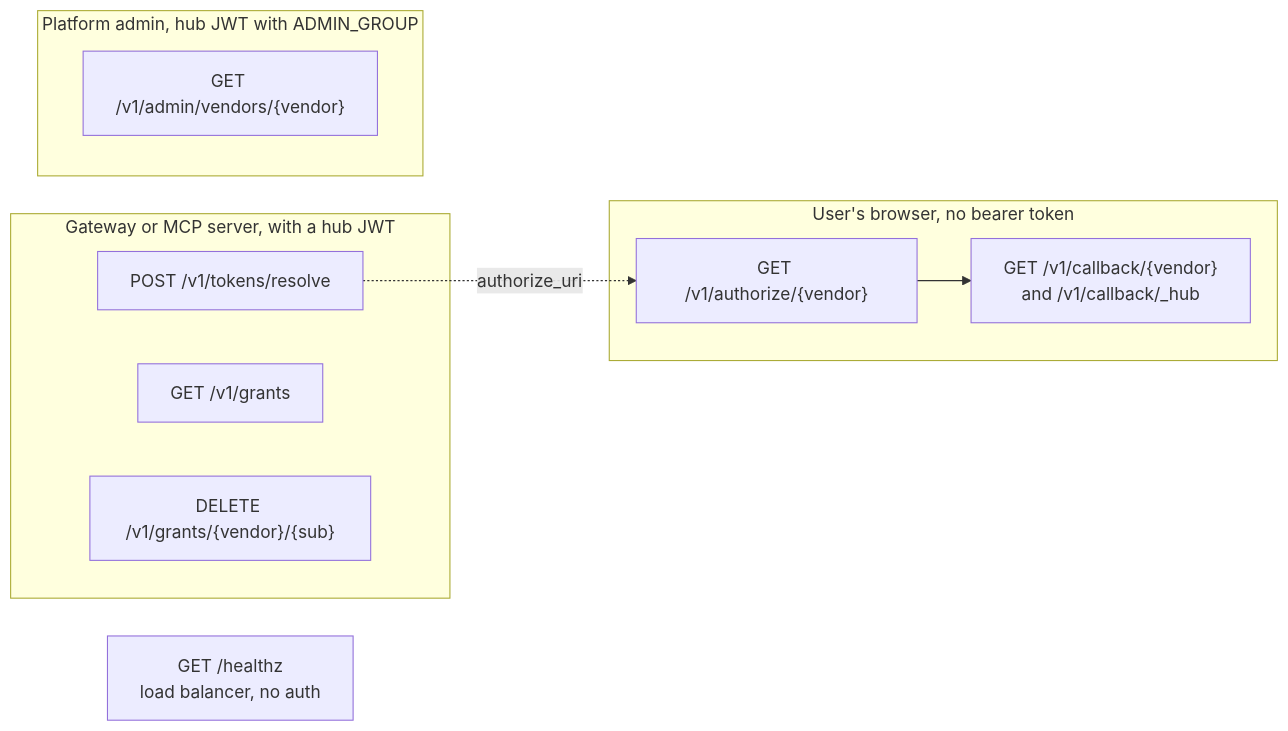
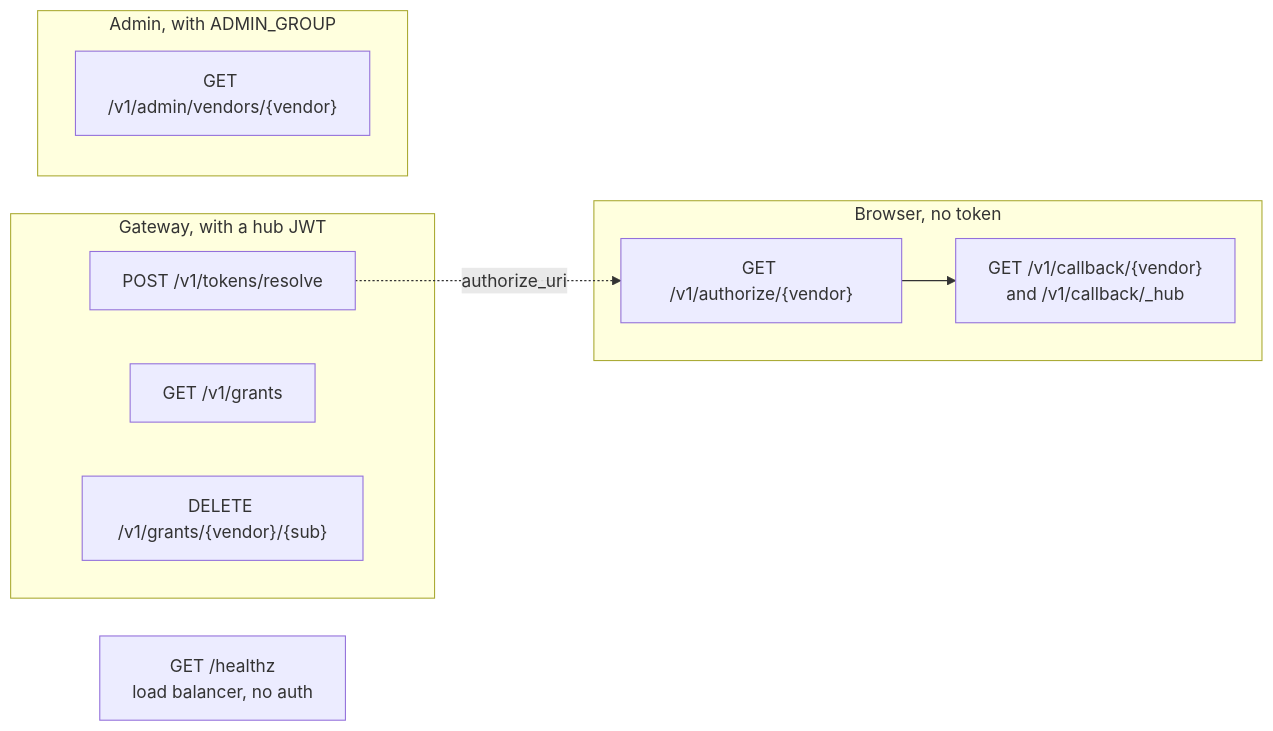
The first of 2 diagrams in docs/api.md (chief-builder/vendor-token-broker), drawn with Mermaid before and after one commit. The commit also changed 6 other files, not shown here.

First line of the commit message:
docs: make diagrams readable

````diff
--- a/docs/api.md
+++ b/docs/api.md
@@ -29,18 +29,18 @@
 ```mermaid
 flowchart LR
-  subgraph callers["Gateway or MCP server, with a hub JWT"]
+  subgraph callers["Gateway, with a hub JWT"]
     R["POST /v1/tokens/resolve"]
     L["GET /v1/grants"]
     D["DELETE /v1/grants/{vendor}/{sub}"]
   end
-  subgraph browser["User's browser, no bearer token"]
+  subgraph browser["Browser, no token"]
     A["GET /v1/authorize/{vendor}"]
     C["GET /v1/callback/{vendor}<br/>and /v1/callback/_hub"]
   end
-  subgraph admin["Platform admin, hub JWT with ADMIN_GROUP"]
+  subgraph admin["Admin, with ADMIN_GROUP"]
     V["GET /v1/admin/vendors/{vendor}"]
   end
   H["GET /healthz<br/>load balancer, no auth"]
   R -.->|authorize_uri| A
   A --> C
 ```
````
